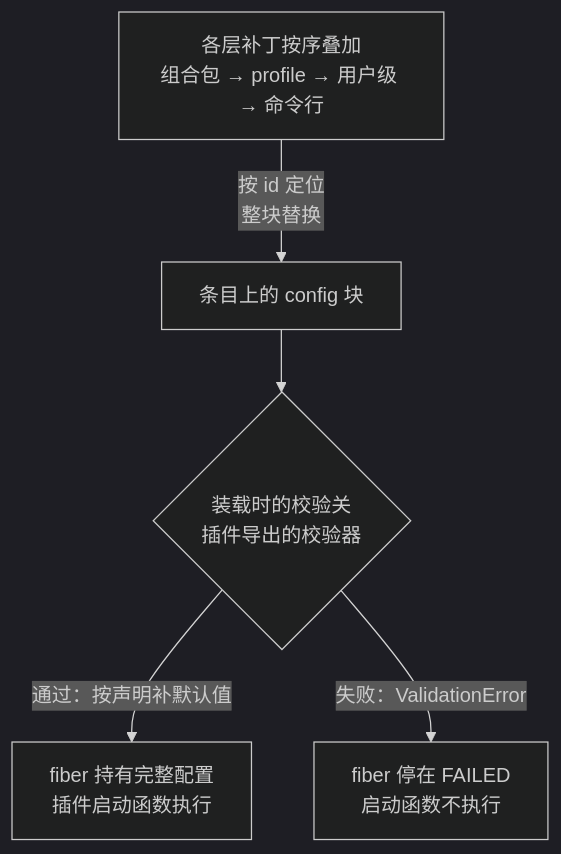
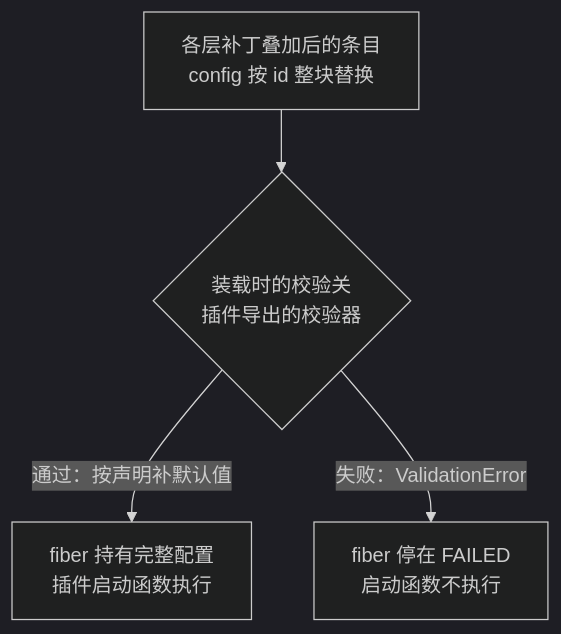
Before and after one commit to anthonyzhao-4926/blog: the first of 2 diagrams in dsh 插件开发学习/06-用 Config schema 声明插件配置.md, drawn with Mermaid (dark theme). The commit also changed other lines of this file and 36 other files, not shown here.

````diff
--- a/dsh 插件开发学习/06-用 Config schema 声明插件配置.md
+++ b/dsh 插件开发学习/06-用 Config schema 声明插件配置.md
@@ -60,7 +56,6 @@
 ```mermaid
 flowchart TD
-    A["各层补丁按序叠加<br/>组合包 → profile → 用户级 → 命令行"] -->|"按 id 定位<br/>整块替换"| E["条目上的 config 块"]
-    E --> F{"装载时的校验关<br/>插件导出的校验器"}
+    A["各层补丁叠加后的条目<br/>config 按 id 整块替换"] --> F{"装载时的校验关<br/>插件导出的校验器"}
     F -->|"通过：按声明补默认值"| G["fiber 持有完整配置<br/>插件启动函数执行"]
     F -->|"失败：ValidationError"| H["fiber 停在 FAILED<br/>启动函数不执行"]
 ```
````
